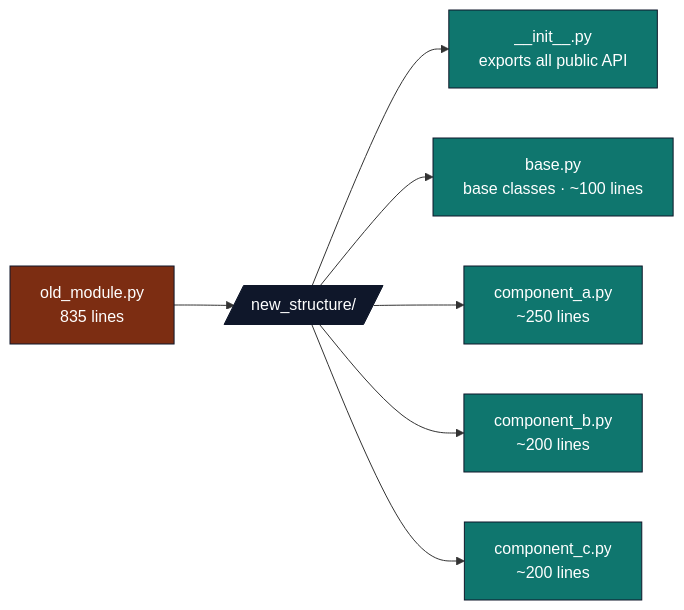
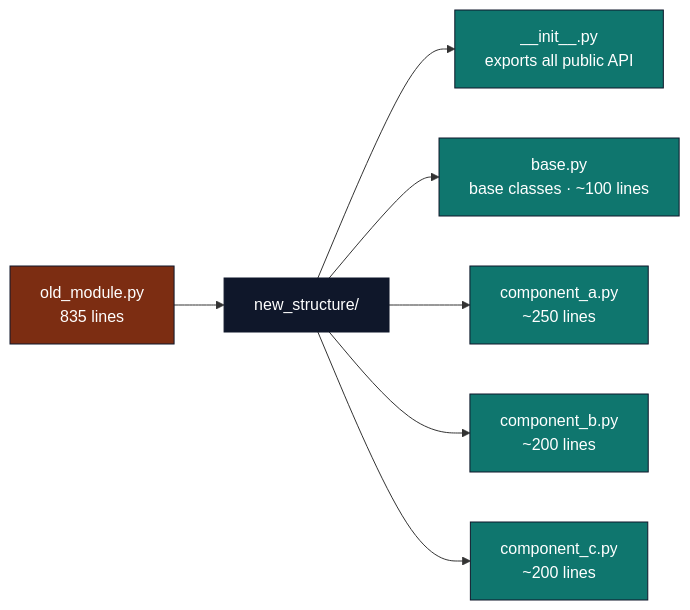
Before and after one commit to docxology/template: the diagram in docs/rules/refactoring.md, drawn with Mermaid. The commit also changed 94 other files, not shown here.

````diff
--- a/docs/rules/refactoring.md
+++ b/docs/rules/refactoring.md
@@ -46,16 +46,16 @@
 ```mermaid
 flowchart LR
-    OLD[old_module.py<br/>835 lines] --> NEW[/new_structure//]
+    OLD[old_module.py<br/>835 lines] --> NEW[new_structure/]
     NEW --> INIT[__init__.py<br/>exports all public API]
     NEW --> BASE[base.py<br/>base classes · ~100 lines]
     NEW --> CA[component_a.py<br/>~250 lines]
     NEW --> CB[component_b.py<br/>~200 lines]
     NEW --> CC[component_c.py<br/>~200 lines]
 
     classDef before fill:#7c2d12,stroke:#0f172a,color:#fff
     classDef d fill:#0f172a,stroke:#0f172a,color:#fff
     classDef after fill:#0f766e,stroke:#0f172a,color:#fff
     class OLD before
     class NEW d
     class INIT,BASE,CA,CB,CC after
 ```
````
